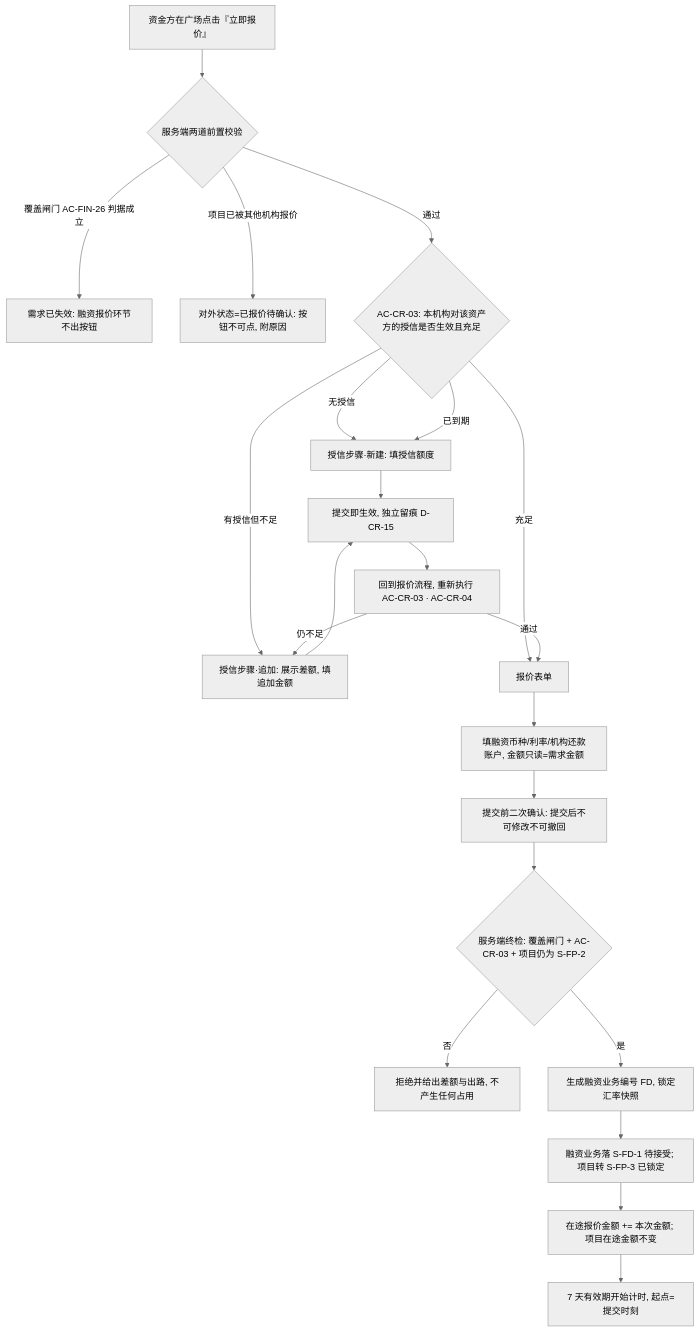
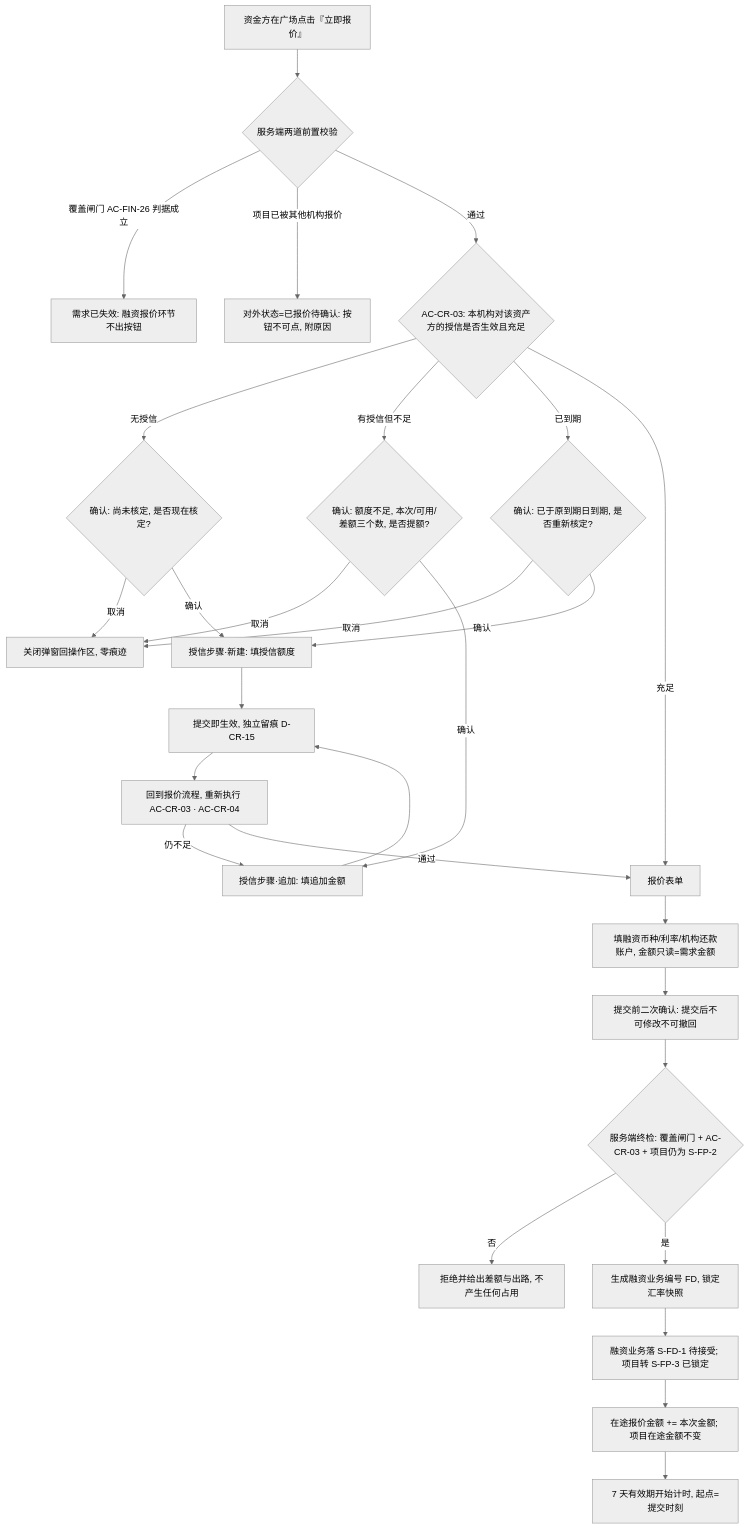
One commit to wxblockchain/Chain-Financing changed the first of 3 diagrams in financial-service-platform/prd/v1.0-借贷广场-授信报价与接受拒绝/v1.0-借贷广场-授信报价与接受拒绝-PRD.md. Above: the diagram before and after it, drawn with Mermaid (neutral theme). The commit also changed other lines of this file and 1 other file, not shown here.

````diff
--- a/financial-service-platform/prd/v1.0-借贷广场-授信报价与接受拒绝/v1.0-借贷广场-授信报价与接受拒绝-PRD.md
+++ b/financial-service-platform/prd/v1.0-借贷广场-授信报价与接受拒绝/v1.0-借贷广场-授信报价与接受拒绝-PRD.md
@@ -148,24 +149,30 @@
 ```mermaid
 flowchart TD
   A[资金方在广场点击『立即报价』] --> B{服务端两道前置校验}
   B -- 覆盖闸门 AC-FIN-26 判据成立 --> C[需求已失效: 融资报价环节不出按钮]
   B -- 项目已被其他机构报价 --> D[对外状态=已报价待确认: 按钮不可点, 附原因]
   B -- 通过 --> E{AC-CR-03: 本机构对该资产方的授信是否生效且充足}
-  E -- 无授信 --> F[授信步骤·新建: 填授信额度]
-  E -- 有授信但不足 --> G[授信步骤·追加: 展示差额, 填追加金额]
-  E -- 已到期 --> F
+  E -- 无授信 --> C1{确认: 尚未核定, 是否现在核定?}
+  E -- 有授信但不足 --> C2{确认: 额度不足, 本次/可用/差额三个数, 是否提额?}
+  E -- 已到期 --> C3{确认: 已于原到期日到期, 是否重新核定?}
   E -- 充足 --> J[报价表单]
+  C1 -- 取消 --> Z[关闭弹窗回操作区, 零痕迹]
+  C2 -- 取消 --> Z
+  C3 -- 取消 --> Z
+  C1 -- 确认 --> F[授信步骤·新建: 填授信额度]
+  C2 -- 确认 --> G[授信步骤·追加: 填追加金额]
+  C3 -- 确认 --> F
   F --> H[提交即生效, 独立留痕 D-CR-15]
   G --> H
   H --> I[回到报价流程, 重新执行 AC-CR-03 · AC-CR-04]
   I -- 仍不足 --> G
   I -- 通过 --> J
   J --> K[填融资币种/利率/机构还款账户, 金额只读=需求金额]
   K --> L[提交前二次确认: 提交后不可修改不可撤回]
   L --> M{服务端终检: 覆盖闸门 + AC-CR-03 + 项目仍为 S-FP-2}
   M -- 否 --> N[拒绝并给出差额与出路, 不产生任何占用]
   M -- 是 --> O[生成融资业务编号 FD, 锁定汇率快照]
   O --> P[融资业务落 S-FD-1 待接受; 项目转 S-FP-3 已锁定]
   P --> Q[在途报价金额 += 本次金额; 项目在途金额不变]
   Q --> R[7 天有效期开始计时, 起点=提交时刻]
 ```
````
